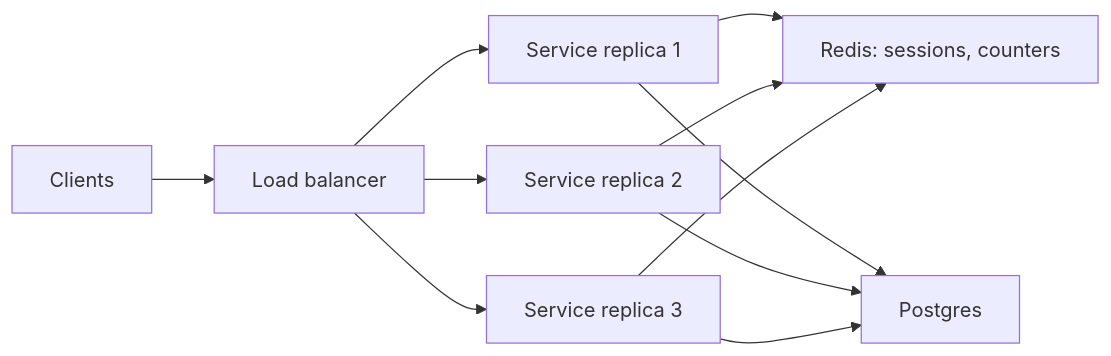
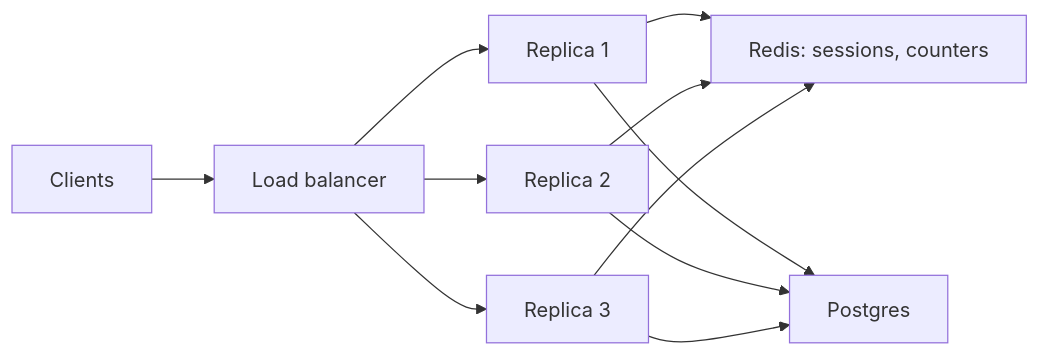
One commit to thull32/ascend changed the diagram in content/tracks/09-system-design/01-building-blocks/03-scalability-primitives.md. Above: the diagram before and after it, drawn with Mermaid. The commit also changed other lines of this file and 7 other files, not shown here.

````diff
--- a/content/tracks/09-system-design/01-building-blocks/03-scalability-primitives.md
+++ b/content/tracks/09-system-design/01-building-blocks/03-scalability-primitives.md
@@ -35,13 +39,13 @@
 ```mermaid
 flowchart LR
   C["Clients"] --> LB["Load balancer"]
-  LB --> S1["Service replica 1"]
-  LB --> S2["Service replica 2"]
-  LB --> S3["Service replica 3"]
+  LB --> S1["Replica 1"]
+  LB --> S2["Replica 2"]
+  LB --> S3["Replica 3"]
   S1 --> R["Redis: sessions, counters"]
   S2 --> R
   S3 --> R
   S1 --> DB["Postgres"]
   S2 --> DB
   S3 --> DB
 ```
````
